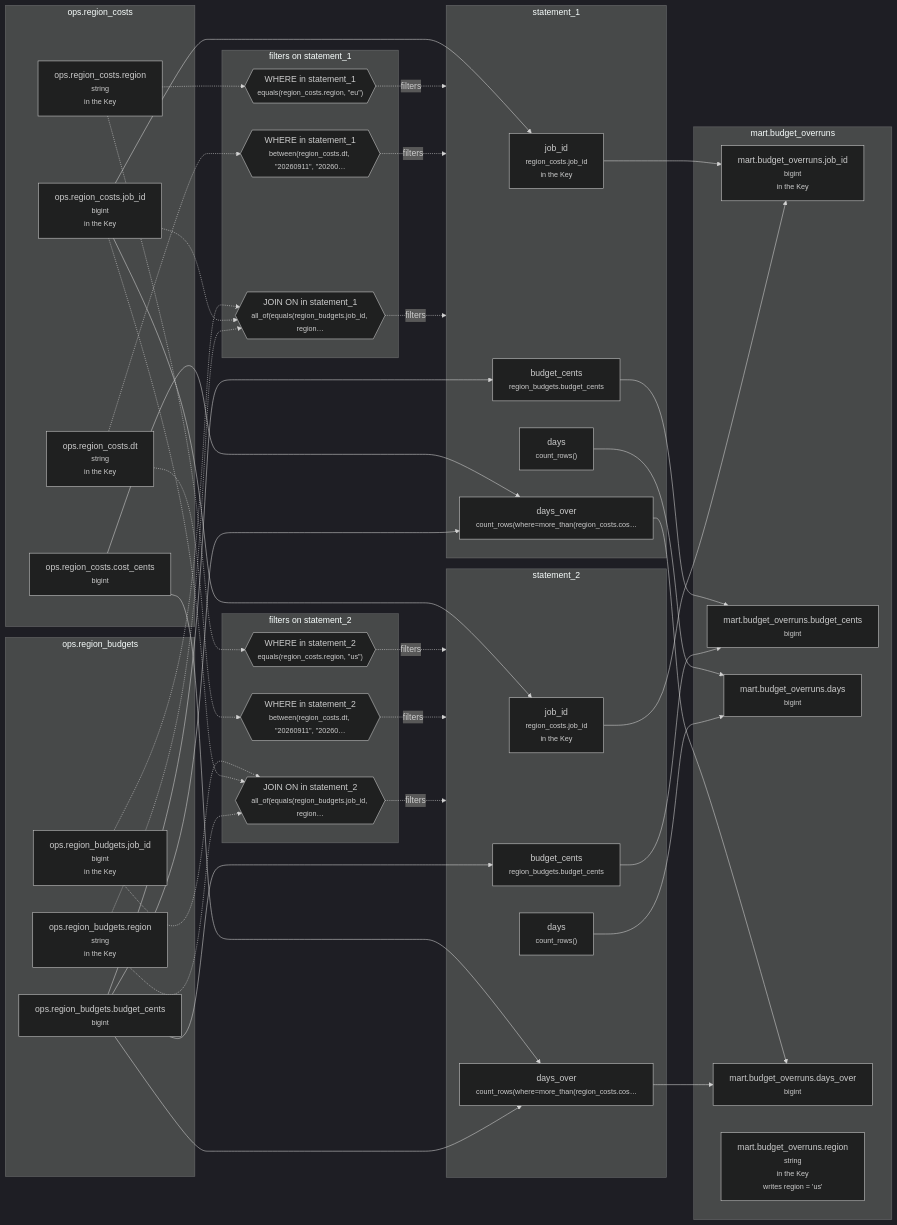
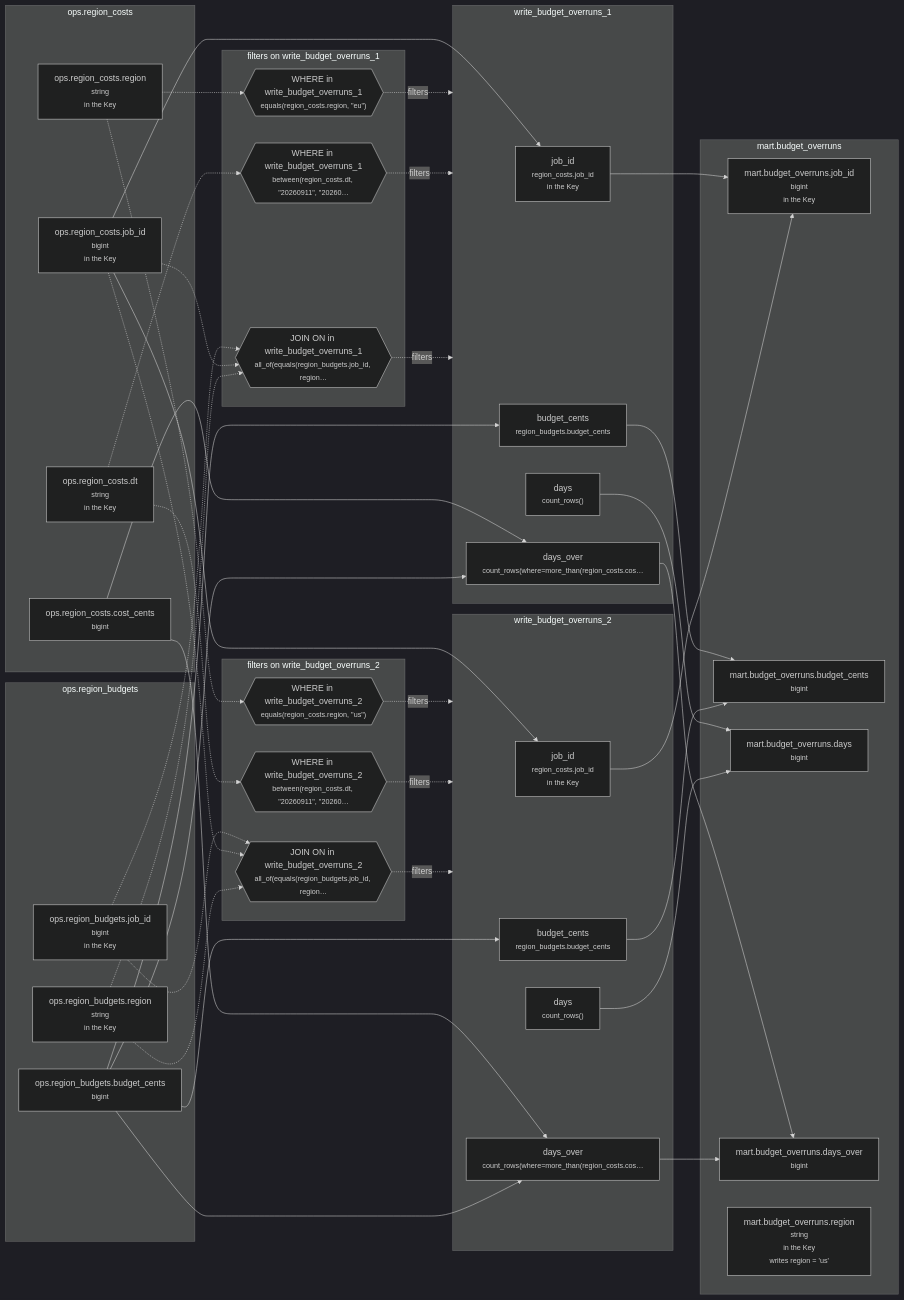
One commit to EdgyPage/SQL-Composer changed the diagram in example_projects/intermediate/tables/mart__budget_overruns/lineage/20260925-060000-mart__budget_overruns.md. Above: the diagram before and after it, drawn with Mermaid (dark theme). The commit also changed other lines of this file and 148 other files, not shown here.

````diff
--- a/example_projects/intermediate/tables/mart__budget_overruns/lineage/20260925-060000-mart__budget_overruns.md
+++ b/example_projects/intermediate/tables/mart__budget_overruns/lineage/20260925-060000-mart__budget_overruns.md
@@ -7,75 +7,75 @@
 ```mermaid
 flowchart LR
   subgraph g0["ops.region_costs"]
     n0["ops.region_costs.job_id<br/><small>bigint</small><br/><small>in the Key</small>"]
     n5["ops.region_costs.cost_cents<br/><small>bigint</small>"]
     n8["ops.region_costs.region<br/><small>string</small><br/><small>in the Key</small>"]
     n10["ops.region_costs.dt<br/><small>string</small><br/><small>in the Key</small>"]
   end
-  subgraph g1["statement_1"]
+  subgraph g1["write_budget_overruns_1"]
     n1["job_id<br/><small>region_costs.job_id</small><br/><small>in the Key</small>"]
     n3["budget_cents<br/><small>region_budgets.budget_cents</small>"]
     n4["days<br/><small>count_rows()</small>"]
     n6["days_over<br/><small>count_rows(where=more_than(region_costs.cos…</small>"]
   end
   subgraph g2["ops.region_budgets"]
     n2["ops.region_budgets.budget_cents<br/><small>bigint</small>"]
     n12["ops.region_budgets.job_id<br/><small>bigint</small><br/><small>in the Key</small>"]
     n13["ops.region_budgets.region<br/><small>string</small><br/><small>in the Key</small>"]
   end
-  subgraph g3["filters on statement_1"]
-    n7{{"WHERE in statement_1<br/><small>equals(region_costs.region, #quot;eu#quot;)</small>"}}
-    n9{{"WHERE in statement_1<br/><small>between(region_costs.dt, #quot;20260911#quot;, #quot;20260…</small>"}}
-    n11{{"JOIN ON in statement_1<br/><small>all_of(equals(region_budgets.job_id, region…</small>"}}
+  subgraph g3["filters on write_budget_overruns_1"]
+    n7{{"WHERE in write_budget_overruns_1<br/><small>equals(region_costs.region, #quot;eu#quot;)</small>"}}
+    n9{{"WHERE in write_budget_overruns_1<br/><small>between(region_costs.dt, #quot;20260911#quot;, #quot;20260…</small>"}}
+    n11{{"JOIN ON in write_budget_overruns_1<br/><small>all_of(equals(region_budgets.job_id, region…</small>"}}
   end
   subgraph g4["mart.budget_overruns"]
     n14["mart.budget_overruns.job_id<br/><small>bigint</small><br/><small>in the Key</small>"]
     n15["mart.budget_overruns.budget_cents<br/><small>bigint</small>"]
     n16["mart.budget_overruns.days<br/><small>bigint</small>"]
     n17["mart.budget_overruns.days_over<br/><small>bigint</small>"]
     n18["mart.budget_overruns.region<br/><small>string</small><br/><small>in the Key</small><br/><small>writes region = 'us'</small>"]
   end
-  subgraph g5["statement_2"]
+  subgraph g5["write_budget_overruns_2"]
     n19["job_id<br/><small>region_costs.job_id</small><br/><small>in the Key</small>"]
     n20["budget_cents<br/><small>region_budgets.budget_cents</small>"]
     n21["days<br/><small>count_rows()</small>"]
     n22["days_over<br/><small>count_rows(where=more_than(region_costs.cos…</small>"]
   end
-  subgraph g6["filters on statement_2"]
-    n23{{"WHERE in statement_2<br/><small>equals(region_costs.region, #quot;us#quot;)</small>"}}
-    n24{{"WHERE in statement_2<br/><small>between(region_costs.dt, #quot;20260911#quot;, #quot;20260…</small>"}}
-    n25{{"JOIN ON in statement_2<br/><small>all_of(equals(region_budgets.job_id, region…</small>"}}
+  subgraph g6["filters on write_budget_overruns_2"]
+    n23{{"WHERE in write_budget_overruns_2<br/><small>equals(region_costs.region, #quot;us#quot;)</small>"}}
+    n24{{"WHERE in write_budget_overruns_2<br/><small>between(region_costs.dt, #quot;20260911#quot;, #quot;20260…</small>"}}
+    n25{{"JOIN ON in write_budget_overruns_2<br/><small>all_of(equals(region_budgets.job_id, region…</small>"}}
   end
   n0 --> n1
   n2 --> n3
   n5 --> n6
   n2 --> n6
   n8 -.-> n7
   n10 -.-> n9
   n12 -.-> n11
   n0 -.-> n11
   n13 -.-> n11
   n1 --> n14
   n3 --> n15
   n4 --> n16
   n6 --> n17
   n0 --> n19
   n2 --> n20
   n5 --> n22
   n2 --> n22
   n8 -.-> n23
   n10 -.-> n24
   n12 -.-> n25
   n0 -.-> n25
   n13 -.-> n25
   n19 --> n14
   n20 --> n15
   n21 --> n16
   n22 --> n17
   n7 -.->|filters| g1
   n9 -.->|filters| g1
   n11 -.->|filters| g1
   n23 -.->|filters| g5
   n24 -.->|filters| g5
   n25 -.->|filters| g5
 ```
````
